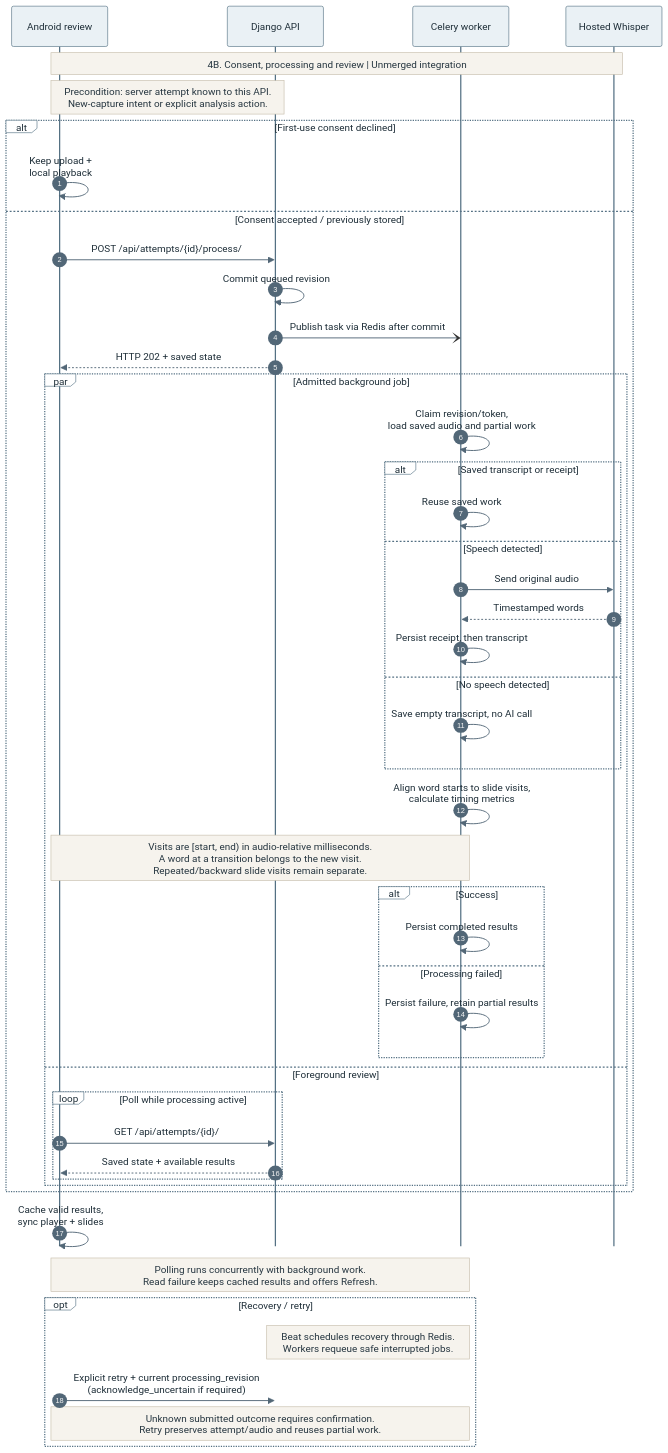
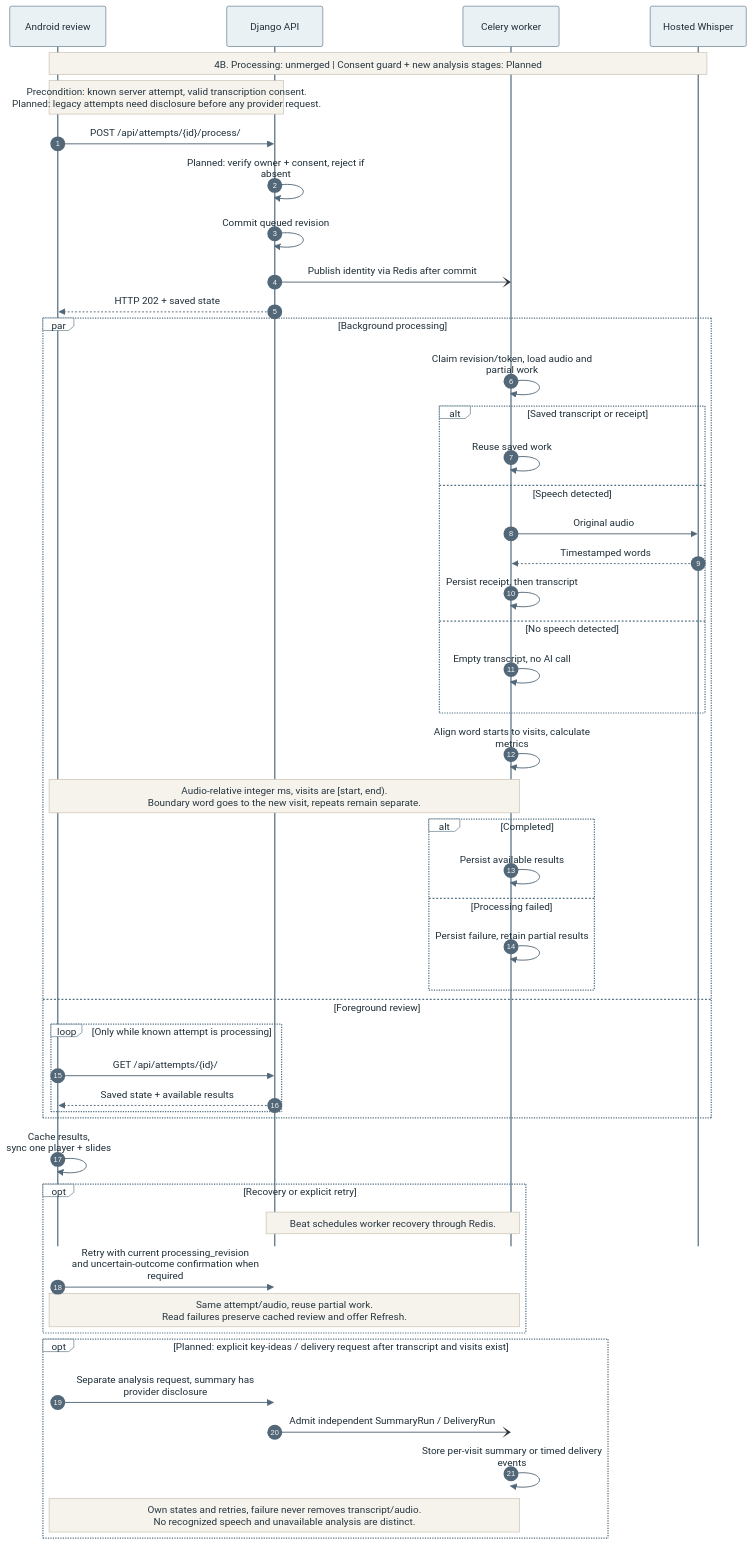
One commit to snuhcs-course/swpp-2026-project-team-07 changed the diagram in docs/diagram-review/sources/figure-4b-processing.mmd. Above: the diagram before and after it, drawn with Mermaid. The commit also changed 68 other files, not shown here.

```diff
--- a/docs/diagram-review/sources/figure-4b-processing.mmd
+++ b/docs/diagram-review/sources/figure-4b-processing.mmd
@@ -1,48 +1,50 @@
 %%{init: {"theme": "base", "themeCSS": ".actor-line {stroke-dasharray: 5 5 !important;}", "themeVariables": {"fontFamily": "Arial", "fontSize": "16px", "actorBkg": "#eaf1f5", "actorBorder": "#547083", "actorTextColor": "#1e2e38", "signalColor": "#526777", "signalTextColor": "#1e2e38", "noteBkgColor": "#f6f3ed", "noteBorderColor": "#c6bcaa", "noteTextColor": "#263640", "labelBoxBkgColor": "#ffffff", "labelBoxBorderColor": "#547083"}, "sequence": {"useMaxWidth": false, "mirrorActors": false, "actorMargin": 28, "messageMargin": 16, "noteMargin": 8, "wrap": false, "width": 155}}}%%
 sequenceDiagram
  autonumber
- participant A as Android review
+participant A as Android review
  participant API as Django API
  participant W as Celery worker
  participant P as Hosted Whisper
- Note over A,P: 4B. Consent, processing and review | Unmerged integration
- Note over A,API: Precondition: server attempt known to this API.<br/>New-capture intent or explicit analysis action.
- alt First-use consent declined
-  A->>A: Keep upload +<br/>local playback
- else Consent accepted / previously stored
-  A->>API: POST /api/attempts/{id}/process/
-  API->>API: Commit queued revision
-  API-)W: Publish task via Redis after commit
-  API-->>A: HTTP 202 + saved state
-  par Admitted background job
-  W->>W: Claim revision/token,<br/>load saved audio and partial work
+ Note over A,P: 4B. Processing: unmerged | Consent guard + new analysis stages: Planned
+ Note over A,API: Precondition: known server attempt, valid transcription consent.<br/>Planned: legacy attempts need disclosure before any provider request.
+ A->>API: POST /api/attempts/{id}/process/
+ API->>API: Planned: verify owner + consent, reject if<br/>absent
+ API->>API: Commit queued revision
+ API-)W: Publish identity via Redis after commit
+ API-->>A: HTTP 202 + saved state
+ par Background processing
+  W->>W: Claim revision/token, load audio and<br/>partial work
   alt Saved transcript or receipt
    W->>W: Reuse saved work
   else Speech detected
-   W->>P: Send original audio
+   W->>P: Original audio
    P-->>W: Timestamped words
    W->>W: Persist receipt, then transcript
   else No speech detected
-   W->>W: Save empty transcript, no AI call
+   W->>W: Empty transcript, no AI call
   end
-  W->>W: Align word starts to slide visits,<br/>calculate timing metrics
-  Note over A,W: Visits are [start, end) in audio-relative milliseconds.<br/>A word at a transition belongs to the new visit.<br/>Repeated/backward slide visits remain separate.
-  alt Success
-   W->>W: Persist completed results
+  W->>W: Align word starts to visits, calculate<br/>metrics
+  Note over A,W: Audio-relative integer ms, visits are [start, end).<br/>Boundary word goes to the new visit, repeats remain separate.
+  alt Completed
+   W->>W: Persist available results
   else Processing failed
    W->>W: Persist failure, retain partial results
   end
-  and Foreground review
- loop Poll while processing active
-  A->>API: GET /api/attempts/{id}/
-  API-->>A: Saved state + available results
- end
+ and Foreground review
+  loop Only while known attempt is processing
+   A->>API: GET /api/attempts/{id}/
+   API-->>A: Saved state + available results
   end
  end
- A->>A: Cache valid results,<br/>sync player + slides
- Note over A,W: Polling runs concurrently with background work.<br/>Read failure keeps cached results and offers Refresh.
- opt Recovery / retry
-  Note over API,W: Beat schedules recovery through Redis.<br/>Workers requeue safe interrupted jobs.
-  A->>API: Explicit retry + current processing_revision<br/>(acknowledge_uncertain if required)
-  Note over A,W: Unknown submitted outcome requires confirmation.<br/>Retry preserves attempt/audio and reuses partial work.
+ A->>A: Cache results,<br/>sync one player + slides
+ opt Recovery or explicit retry
+  Note over API,W: Beat schedules worker recovery through Redis.
+  A->>API: Retry with current processing_revision<br/>and uncertain-outcome confirmation when<br/>required
+  Note over A,W: Same attempt/audio, reuse partial work.<br/>Read failures preserve cached review and offer Refresh.
  end
+ opt Planned: explicit key-ideas / delivery request after transcript and visits exist
+  A->>API: Separate analysis request, summary has<br/>provider disclosure
+  API-)W: Admit independent SummaryRun / DeliveryRun
+  W->>W: Store per-visit summary or timed delivery<br/>events
+  Note over A,W: Own states and retries, failure never removes transcript/audio.<br/>No recognized speech and unavailable analysis are distinct.
+ end
```
